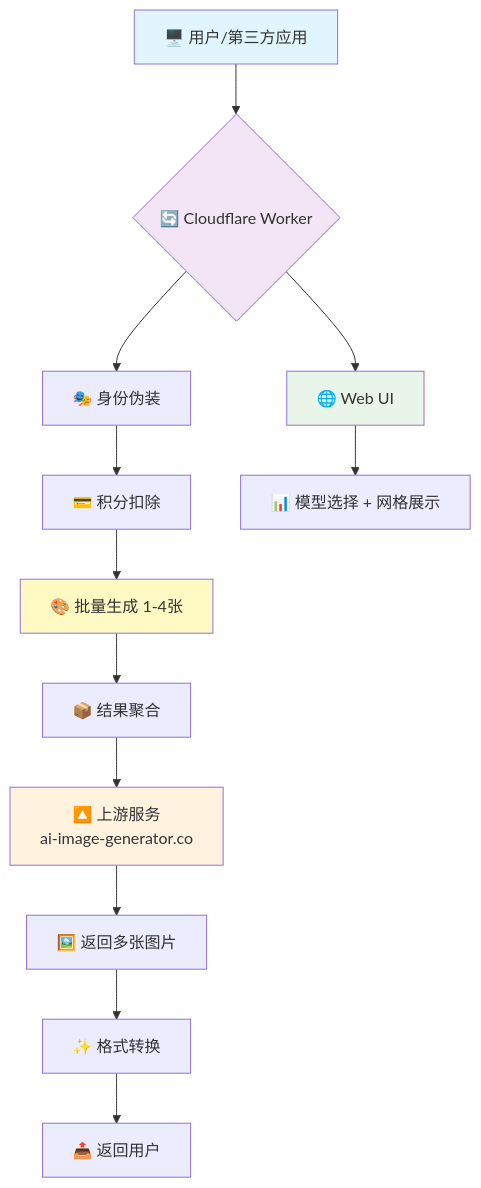
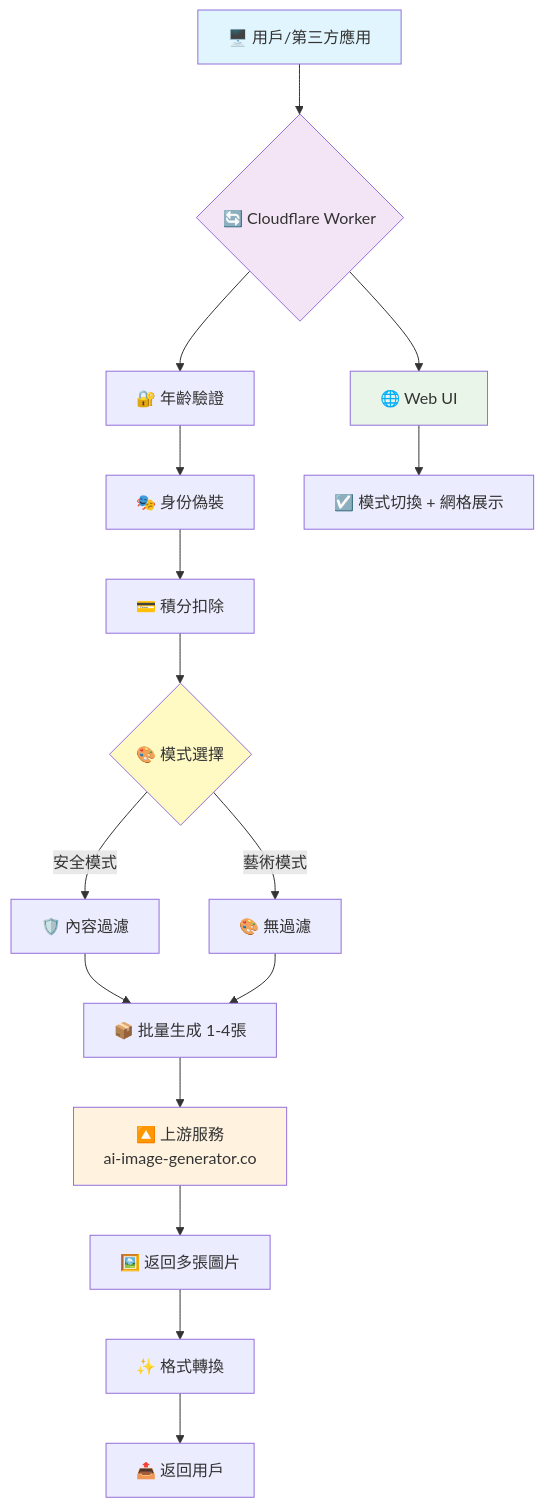
One commit to kinai9661/fluxai changed the first of 2 diagrams in README.md. Above: the diagram before and after it, drawn with Mermaid. The commit also changed other lines of this file, not shown here.

````diff
--- a/README.md
+++ b/README.md
@@ -61,24 +76,26 @@
 ```mermaid
 flowchart TD
-    A[🖥️ 用户/第三方应用] --> B{🔄 Cloudflare Worker}
+    A[🖥️ 用戶/第三方應用] --> B{🔄 Cloudflare Worker}
     
-    B --> C[🎭 身份伪装]
-    C --> D[💳 积分扣除]
-    D --> E[🎨 批量生成 1-4张]
-    E --> F[📦 结果聚合]
+    B --> C[🔐 年齡驗證]
+    C --> D[🎭 身份偽裝]
+    D --> E[💳 積分扣除]
+    E --> F{🎨 模式選擇}
+    F -->|安全模式| G[🛡️ 內容過濾]
+    F -->|藝術模式| H[🎨 無過濾]
+    G --> I[📦 批量生成 1-4張]
+    H --> I
+    I --> J[🔼 上游服務<br/>ai-image-generator.co]
+    J --> K[🖼️ 返回多張圖片]
+    K --> L[✨ 格式轉換]
+    L --> M[📤 返回用戶]
     
-    F --> G[🔼 上游服务<br/>ai-image-generator.co]
-    G --> H[🖼️ 返回多张图片]
-    
-    H --> I[✨ 格式转换]
-    I --> J[📤 返回用户]
-    
-    B --> K[🌐 Web UI]
-    K --> L[📊 模型选择 + 网格展示]
+    B --> N[🌐 Web UI]
+    N --> O[☑️ 模式切換 + 網格展示]
     
     style A fill:#e1f5fe
     style B fill:#f3e5f5
-    style G fill:#fff3e0
-    style K fill:#e8f5e8
-    style E fill:#fff9c4
+    style F fill:#fff9c4
+    style J fill:#fff3e0
+    style N fill:#e8f5e8
 ```
````
